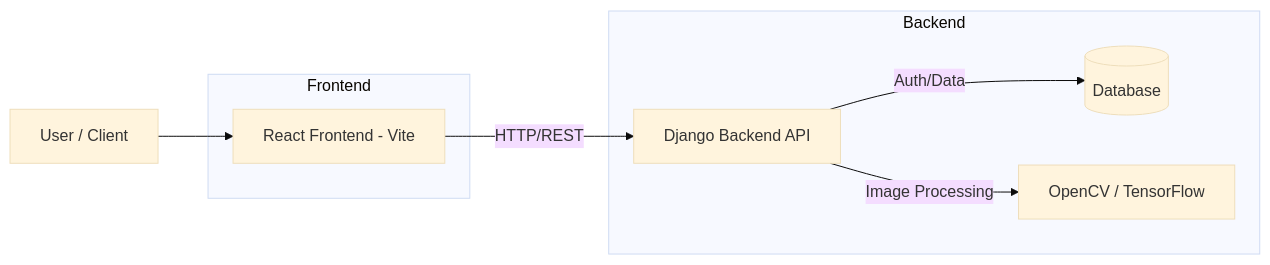
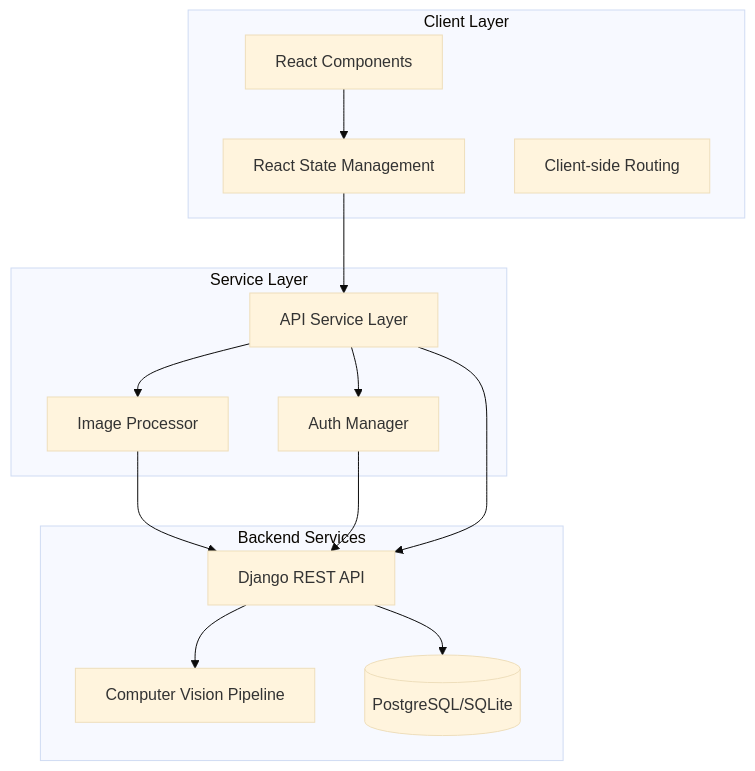
Before and after one commit to khatri90/SVS_react: the diagram in README.md, drawn with Mermaid (base theme). The commit also changed other lines of this file, not shown here.

````diff
--- a/README.md
+++ b/README.md
@@ -23,17 +48,30 @@
 ```mermaid
-graph LR
-    User[User / Client] --> ReactApp[React Frontend - Vite]
-    ReactApp -->|HTTP/REST| DjangoAPI[Django Backend API]
-    DjangoAPI -->|Auth/Data| DB[(Database)]
-    DjangoAPI -->|Image Processing| CV[OpenCV / TensorFlow]
-    
-    subgraph Frontend
-        ReactApp
+graph TB
+    subgraph "Client Layer"
+        UI[React Components]
+        State[React State Management]
+        Router[Client-side Routing]
     end
-    
-    subgraph Backend
-        DjangoAPI
-        DB
-        CV
+
+    subgraph "Service Layer"
+        API[API Service Layer]
+        ImgProc[Image Processor]
+        Auth[Auth Manager]
     end
+
+    subgraph "Backend Services"
+        Django[Django REST API]
+        CV[Computer Vision Pipeline]
+        DB[(PostgreSQL/SQLite)]
+    end
+
+    UI --> State
+    State --> API
+    API --> Auth
+    API --> ImgProc
+    ImgProc --> Django
+    Auth --> Django
+    API --> Django
+    Django --> CV
+    Django --> DB
 ```
````
